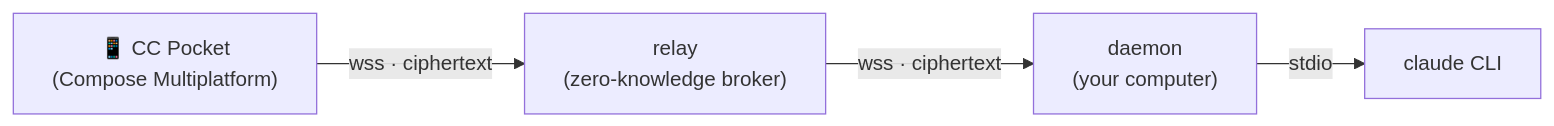
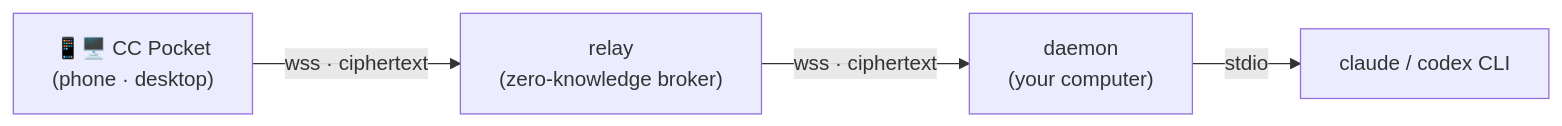
The diagram in README.md (heypandax/pairlet), drawn with Mermaid before and after one commit. The commit also changed other lines of this file and 2 other files, not shown here.

Commit message:
docs: desktop app downloads + Codex in arch diagrams
- README (EN+CN) + site: macOS .dmg (notarized, Apple Silicon) and Windows
  .msi download links for the desktop app, now attached to the v1.1.8 release.
- Architecture diagrams (README mermaid + site how-it-works): client node
  now "phone · desktop", agent node now "claude / codex".

````diff
--- a/README.md
+++ b/README.md
@@ -9,6 +9,6 @@
 ```mermaid
 flowchart LR
-    phone["📱 CC Pocket<br/>(Compose Multiplatform)"] -- "wss · ciphertext" --> relay["relay<br/>(zero-knowledge broker)"]
+    phone["📱🖥️ CC Pocket<br/>(phone · desktop)"] -- "wss · ciphertext" --> relay["relay<br/>(zero-knowledge broker)"]
     relay -- "wss · ciphertext" --> daemon["daemon<br/>(your computer)"]
-    daemon -- "stdio" --> claude["claude CLI"]
+    daemon -- "stdio" --> agent["claude / codex CLI"]
 ```
````
